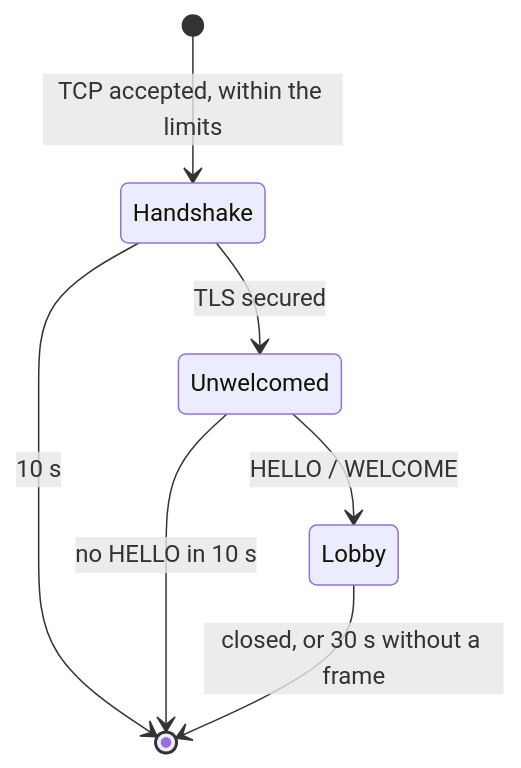
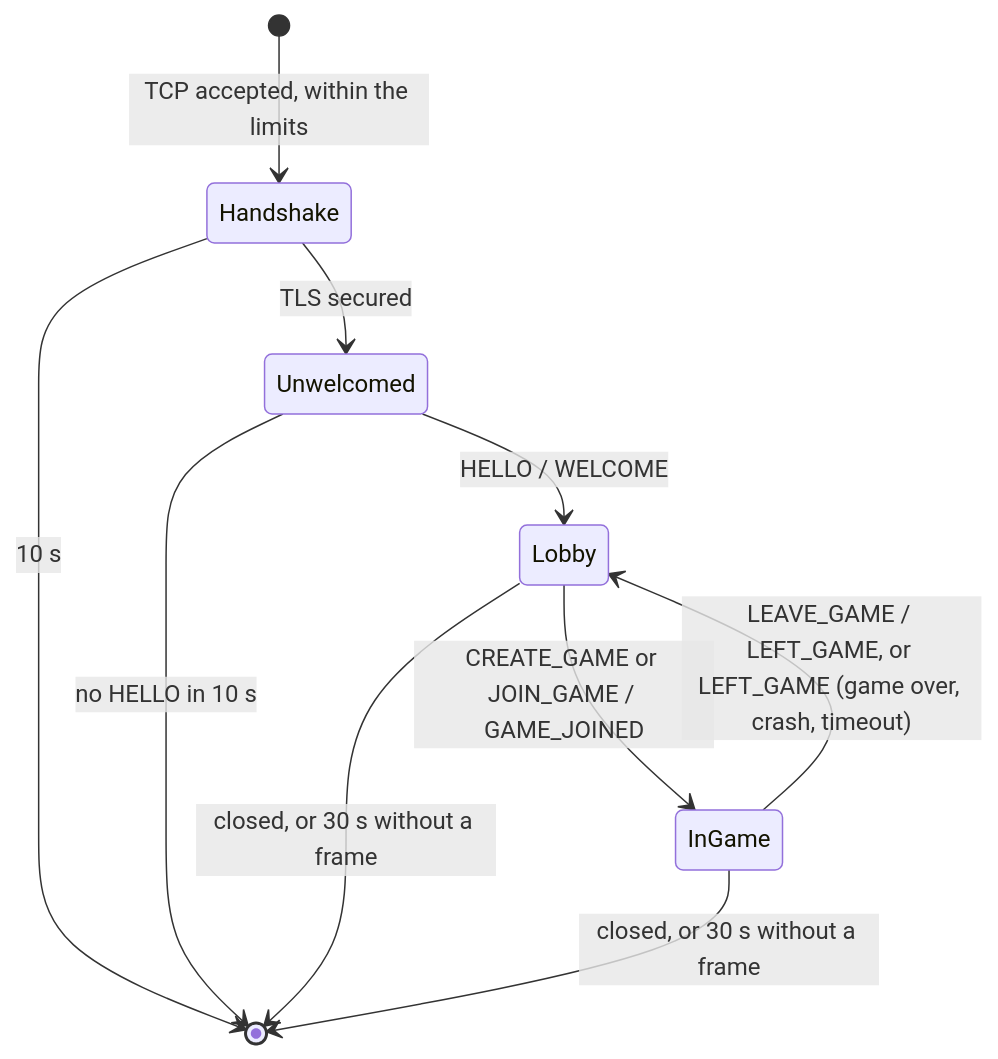
One commit to Akinator31/Rtype changed the second of 6 diagrams in docs/architecture/server.md. Above: the diagram before and after it, drawn with Mermaid. The commit also changed other lines of this file and 1 other file, not shown here.

````diff
--- a/docs/architecture/server.md
+++ b/docs/architecture/server.md
@@ -115,9 +116,12 @@
 ```mermaid
 stateDiagram-v2
     [*] --> Handshake: TCP accepted, within the limits
     Handshake --> Unwelcomed: TLS secured
     Unwelcomed --> Lobby: HELLO / WELCOME
+    Lobby --> InGame: CREATE_GAME or JOIN_GAME / GAME_JOINED
+    InGame --> Lobby: LEAVE_GAME / LEFT_GAME, or LEFT_GAME (game over, crash, timeout)
     Handshake --> [*]: 10 s
     Unwelcomed --> [*]: no HELLO in 10 s
     Lobby --> [*]: closed, or 30 s without a frame
+    InGame --> [*]: closed, or 30 s without a frame
 ```
````
